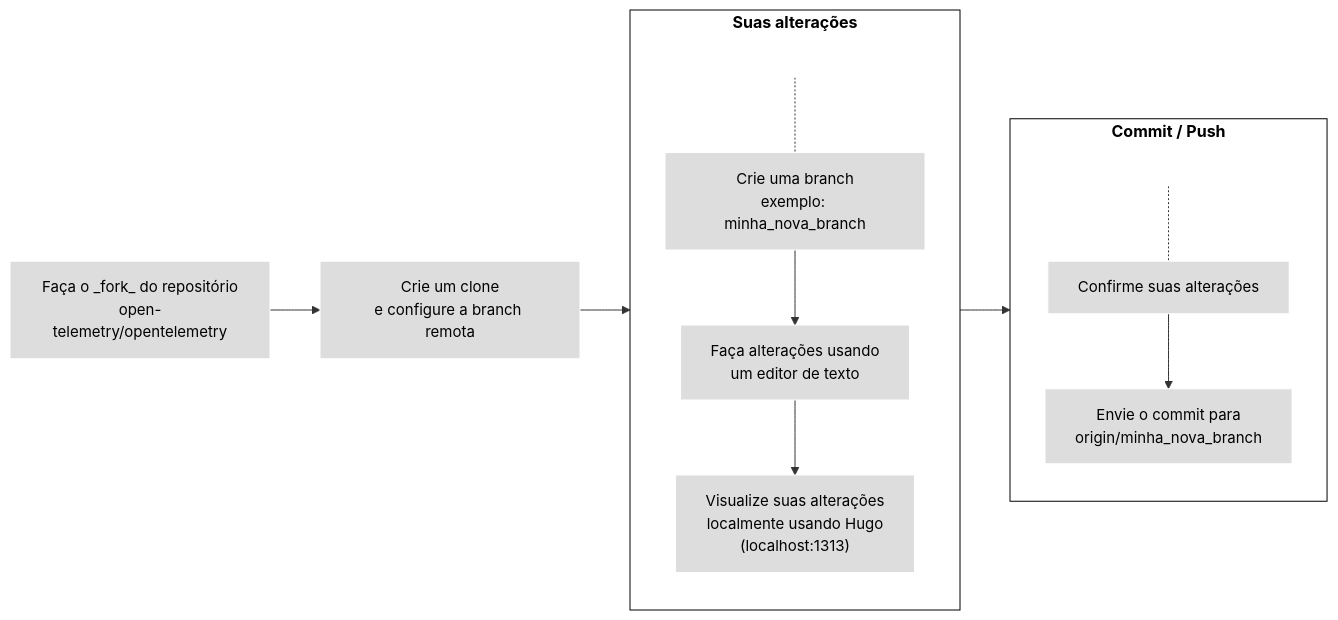
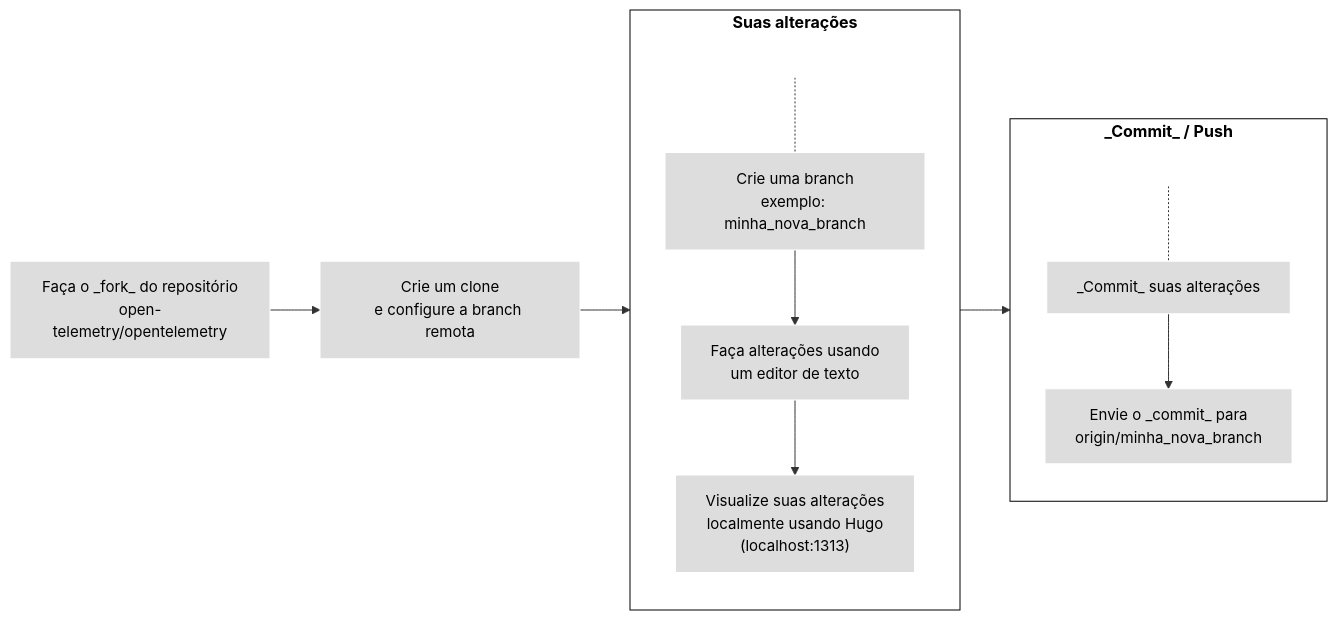
One commit to open-telemetry/opentelemetry.io changed the third of 4 diagrams in content/pt/docs/contributing/pull-requests.md. Above: the diagram before and after it, drawn with Mermaid. The commit also changed other lines of this file, not shown here.

Commit message:
fix: ajuste palavra commit

````diff
--- a/content/pt/docs/contributing/pull-requests.md
+++ b/content/pt/docs/contributing/pull-requests.md
@@ -180,24 +180,24 @@
 ```mermaid
 flowchart LR
 1[Faça o _fork_ do repositório<br>open-telemetry/opentelemetry] --> 2[Crie um clone<br>e configure a branch remota]
 subgraph changes[Suas alterações]
 direction TB
 S[ ] -.-
 3[Crie uma branch<br>exemplo: minha_nova_branch] --> 3a[Faça alterações usando<br>um editor de texto] --> 4["Visualize suas alterações<br>localmente usando Hugo<br>(localhost:1313)"]
 end
-subgraph changes2[Commit / Push]
+subgraph changes2[_Commit_ / Push]
 direction TB
 T[ ] -.-
-5[Confirme suas alterações] --> 6[Envie o commit para<br>origin/minha_nova_branch]
+5[_Commit_ suas alterações] --> 6[Envie o _commit_ para<br>origin/minha_nova_branch]
 end
 
 2 --> changes --> changes2
 
 classDef grey fill:#dddddd,stroke:#ffffff,stroke-width:px,color:#000000, font-size:15px;
 classDef white fill:#ffffff,stroke:#000,stroke-width:px,color:#000,font-weight:bold
 classDef k8s fill:#326ce5,stroke:#fff,stroke-width:1px,color:#fff;
 classDef spacewhite fill:#ffffff,stroke:#fff,stroke-width:0px,color:#000
 class 1,2,3,3a,4,5,6 grey
 class S,T spacewhite
 class changes,changes2 white
 ```
````
